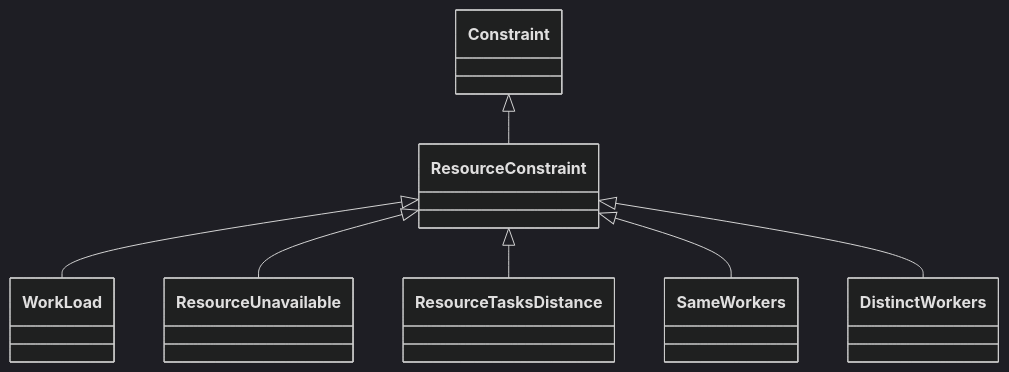
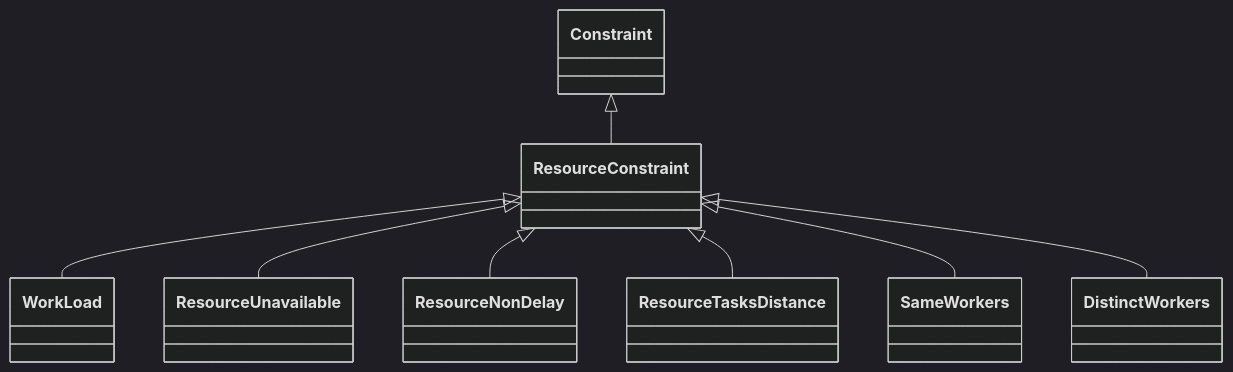
The diagram in docs/resource_constraints.md (tpaviot/ProcessScheduler), drawn with Mermaid (dark theme) before and after one commit. The commit also changed other lines of this file, not shown here.

Commit message:
Update resource constraint documentation

````diff
--- a/docs/resource_constraints.md
+++ b/docs/resource_constraints.md
@@ -5,9 +5,10 @@
 ``` mermaid
 classDiagram
   Constraint <|-- ResourceConstraint
   ResourceConstraint <|-- WorkLoad
   ResourceConstraint <|-- ResourceUnavailable
+  ResourceConstraint <|-- ResourceNonDelay
   ResourceConstraint <|-- ResourceTasksDistance
   ResourceConstraint <|-- SameWorkers
   ResourceConstraint <|-- DistinctWorkers
 ```
````
